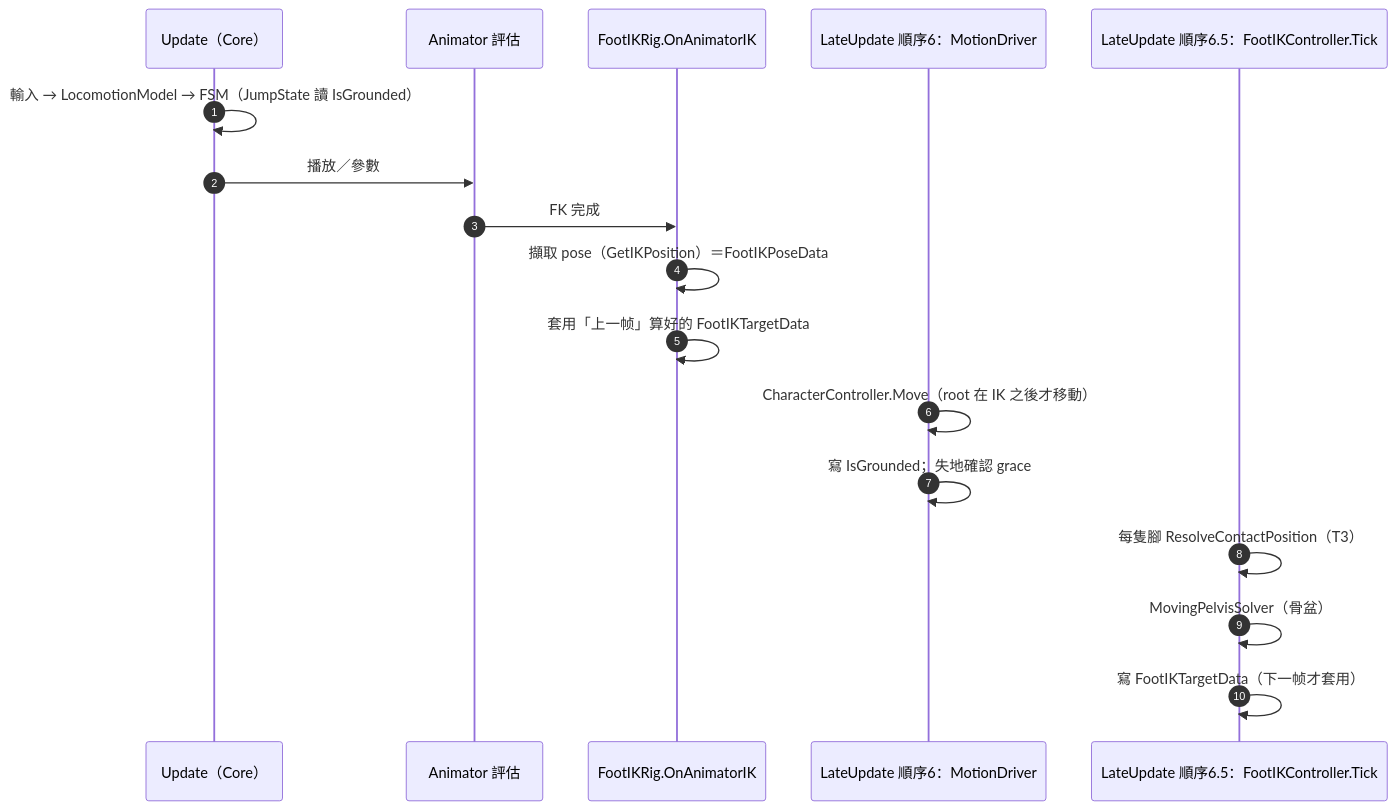
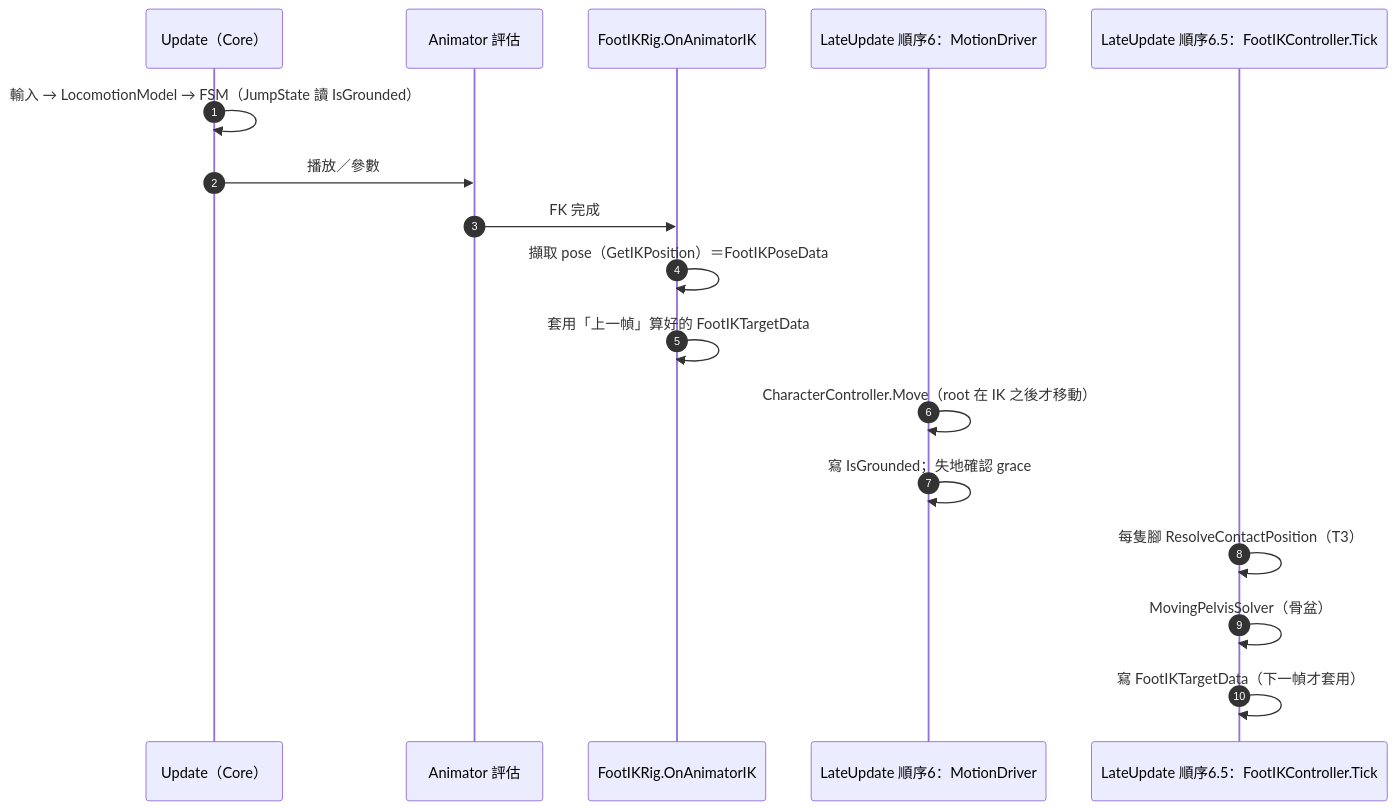
The second of 3 diagrams in docs/49-foot-contact-learning-guide.md (Baka8787/IntentPipeline), drawn with Mermaid before and after one commit. The commit also changed other lines of this file and 2 other files, not shown here.

````diff
--- a/docs/49-foot-contact-learning-guide.md
+++ b/docs/49-foot-contact-learning-guide.md
@@ -107,19 +121,19 @@
 ```mermaid
 sequenceDiagram
   autonumber
   participant U as Update（Core）
   participant A as Animator 評估
   participant R as FootIKRig.OnAnimatorIK
   participant M as LateUpdate 順序6：MotionDriver
   participant P as LateUpdate 順序6.5：FootIKController.Tick
   U->>U: 輸入 → LocomotionModel → FSM（JumpState 讀 IsGrounded）
   U->>A: 播放／參數
   A->>R: FK 完成
   R->>R: 擷取 pose（GetIKPosition）＝FootIKPoseData
-  R->>R: 套用「上一帧」算好的 FootIKTargetData
+  R->>R: 套用「上一幀」算好的 FootIKTargetData
   M->>M: CharacterController.Move（root 在 IK 之後才移動）
   M->>M: 寫 IsGrounded；失地確認 grace
   P->>P: 每隻腳 ResolveContactPosition（T3）
   P->>P: MovingPelvisSolver（骨盆）
-  P->>P: 寫 FootIKTargetData（下一帧才套用）
+  P->>P: 寫 FootIKTargetData（下一幀才套用）
 ```
````
